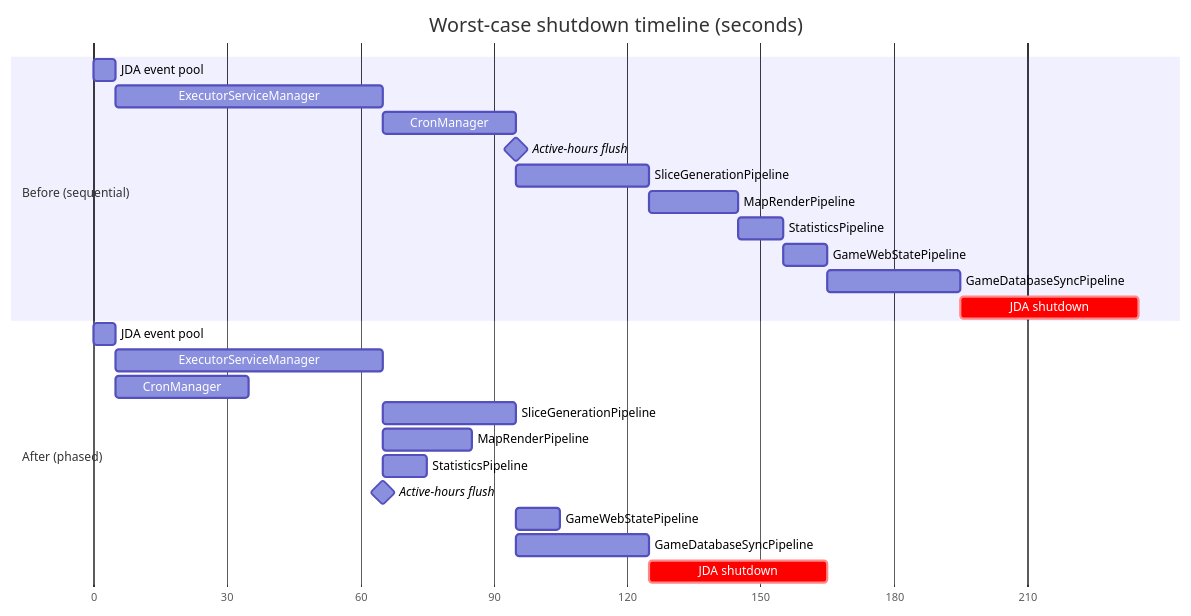
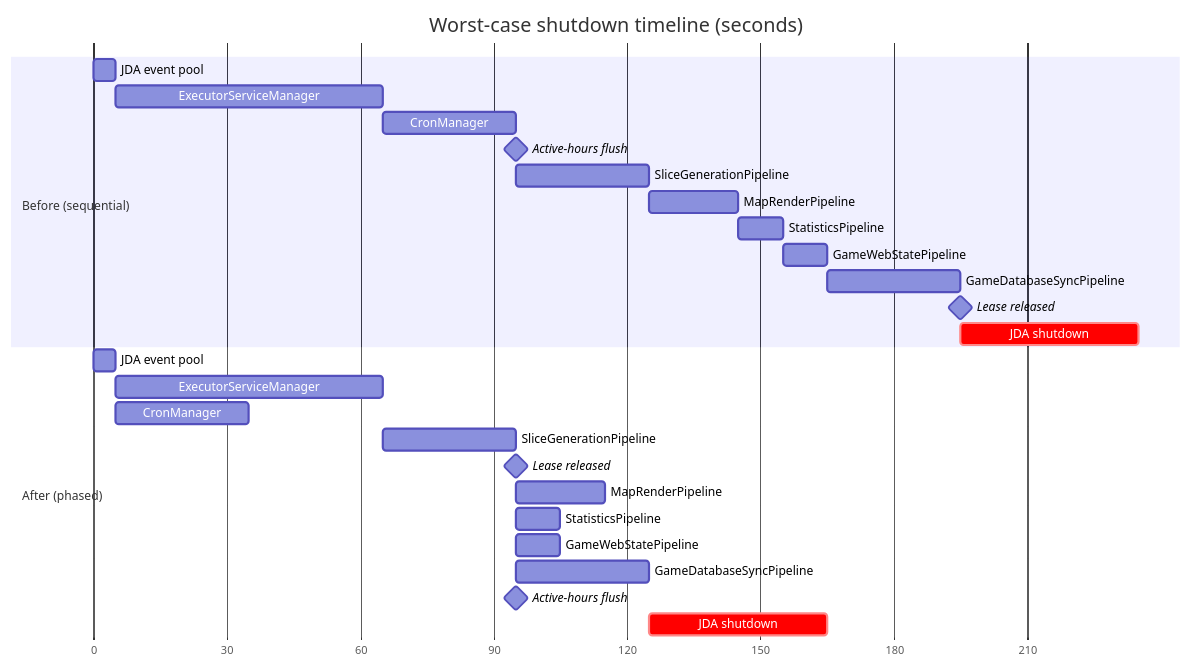
Before and after one commit to AsyncTI4/TI4_map_generator_bot: the fifth of 5 diagrams in DEPLOYMENT.md, drawn with Mermaid. The commit also changed other lines of this file and 7 other files, not shown here.

First line of the commit message:
Release the active lease once game file writers have drained

````diff
--- a/DEPLOYMENT.md
+++ b/DEPLOYMENT.md
@@ -219,30 +230,32 @@
 ```mermaid
 gantt
     title Worst-case shutdown timeline (seconds)
     dateFormat X
     axisFormat %s
 
     section Before (sequential)
     JDA event pool            :b1, 0, 5s
     ExecutorServiceManager    :b2, after b1, 60s
     CronManager               :b3, after b2, 30s
     Active-hours flush        :milestone, b4, after b3, 0s
     SliceGenerationPipeline   :b5, after b3, 30s
     MapRenderPipeline         :b6, after b5, 20s
     StatisticsPipeline        :b7, after b6, 10s
     GameWebStatePipeline      :b8, after b7, 10s
     GameDatabaseSyncPipeline  :b9, after b8, 30s
+    Lease released            :milestone, b11, after b9, 0s
     JDA shutdown              :crit, b10, after b9, 40s
 
     section After (phased)
     JDA event pool            :a1, 0, 5s
     ExecutorServiceManager    :a2, after a1, 60s
     CronManager               :a3, after a1, 30s
     SliceGenerationPipeline   :a5, after a2, 30s
-    MapRenderPipeline         :a6, after a2, 20s
-    StatisticsPipeline        :a7, after a2, 10s
-    Active-hours flush        :milestone, a4, after a2, 0s
+    Lease released            :milestone, a11, after a5, 0s
+    MapRenderPipeline         :a6, after a5, 20s
+    StatisticsPipeline        :a7, after a5, 10s
     GameWebStatePipeline      :a8, after a5, 10s
     GameDatabaseSyncPipeline  :a9, after a5, 30s
+    Active-hours flush        :milestone, a4, after a5, 0s
     JDA shutdown              :crit, a10, after a9, 40s
 ```
````
